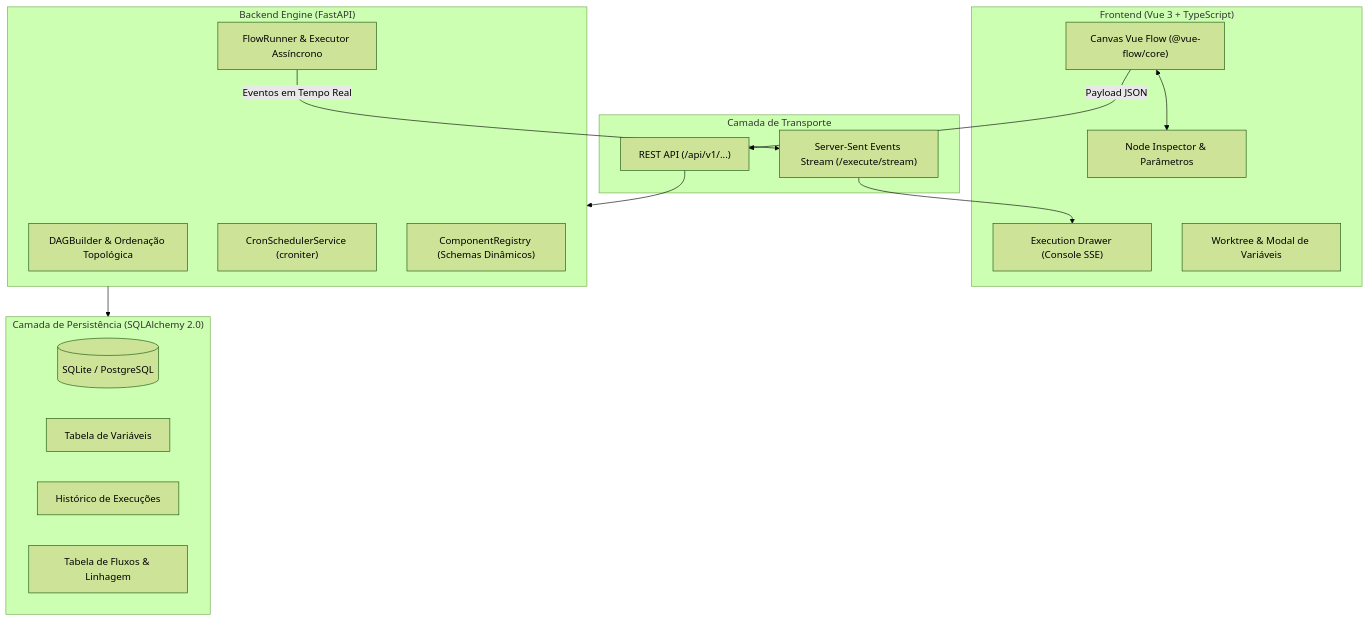
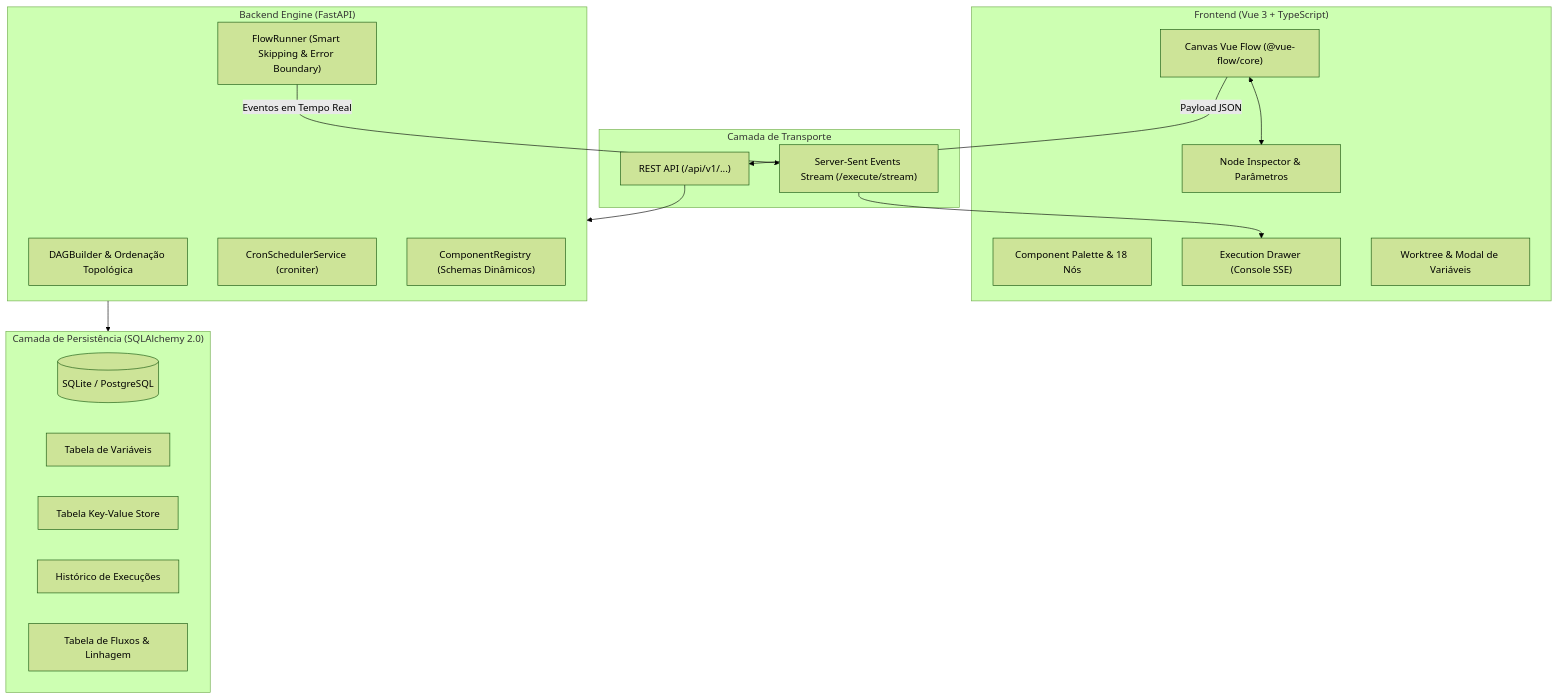
The diagram in README.md (KlebersonCollab/flowbuild), drawn with Mermaid (forest theme) before and after one commit. The commit also changed other lines of this file, not shown here.

````diff
--- a/README.md
+++ b/README.md
@@ -85,35 +95,37 @@
 ```mermaid
 flowchart TD
     subgraph Frontend ["Frontend (Vue 3 + TypeScript)"]
         UI["Canvas Vue Flow (@vue-flow/core)"]
+        Palette["Component Palette & 18 Nós"]
         Inspector["Node Inspector & Parâmetros"]
         Drawer["Execution Drawer (Console SSE)"]
         Modals["Worktree & Modal de Variáveis"]
     end
 
     subgraph Transport ["Camada de Transporte"]
         REST["REST API (/api/v1/...)"]
         SSE["Server-Sent Events Stream (/execute/stream)"]
     end
 
     subgraph Backend ["Backend Engine (FastAPI)"]
         Builder["DAGBuilder & Ordenação Topológica"]
-        Runner["FlowRunner & Executor Assíncrono"]
+        Runner["FlowRunner (Smart Skipping & Error Boundary)"]
         Scheduler["CronSchedulerService (croniter)"]
         Registry["ComponentRegistry (Schemas Dinâmicos)"]
     end
 
     subgraph Storage ["Camada de Persistência (SQLAlchemy 2.0)"]
         DB[(SQLite / PostgreSQL)]
         Vars[Tabela de Variáveis]
+        KVStore[Tabela Key-Value Store]
         Execs[Histórico de Execuções]
         Flows[Tabela de Fluxos & Linhagem]
     end
 
     UI -->|Payload JSON| REST
     REST --> Backend
     Runner -->|Eventos em Tempo Real| SSE
     SSE --> Drawer
     Backend --> Storage
     UI <--> Inspector
 ```
````
